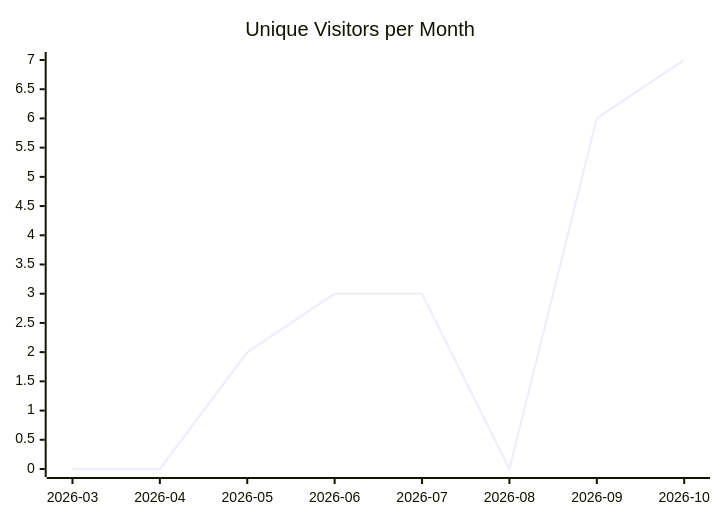
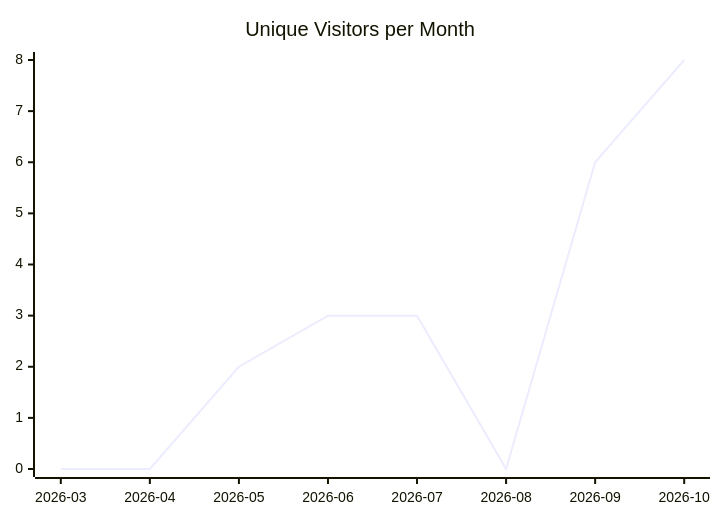
Before and after one commit to justdavis-family/github-analytics-data: the first of 3 diagrams in karlmdavis/justdavis-karl/README.md, drawn with Mermaid. The commit also changed other lines of this file and 198 other files, not shown here.

````diff
--- a/karlmdavis/justdavis-karl/README.md
+++ b/karlmdavis/justdavis-karl/README.md
@@ -5,6 +5,6 @@
 ```mermaid
 xychart-beta
   title "Unique Visitors per Month"
   x-axis ["2026-03", "2026-04", "2026-05", "2026-06", "2026-07", "2026-08", "2026-09", "2026-10"]
-  line [0, 0, 2, 3, 3, 0, 6, 7]
+  line [0, 0, 2, 3, 3, 0, 6, 8]
 ```
````
